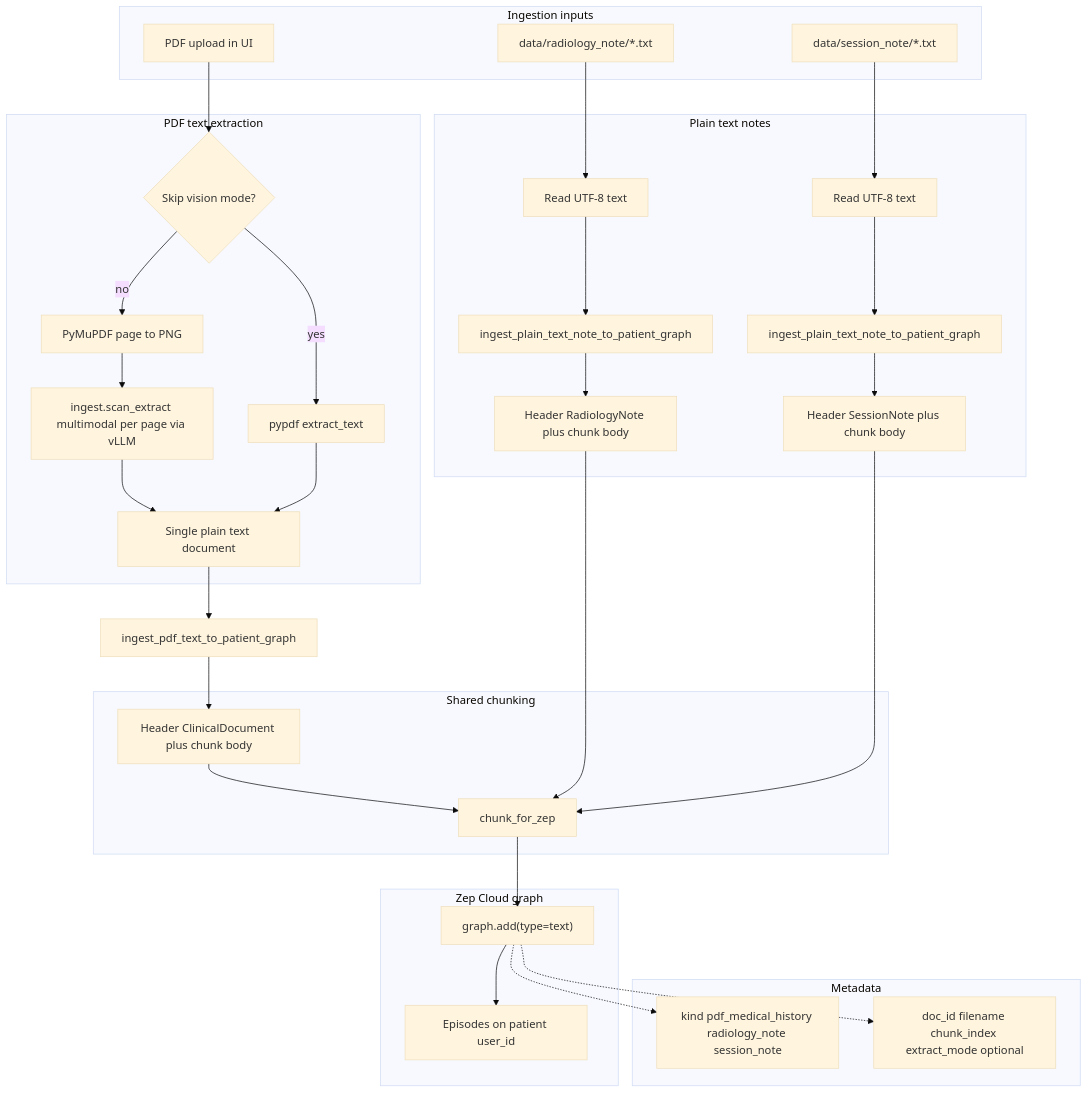
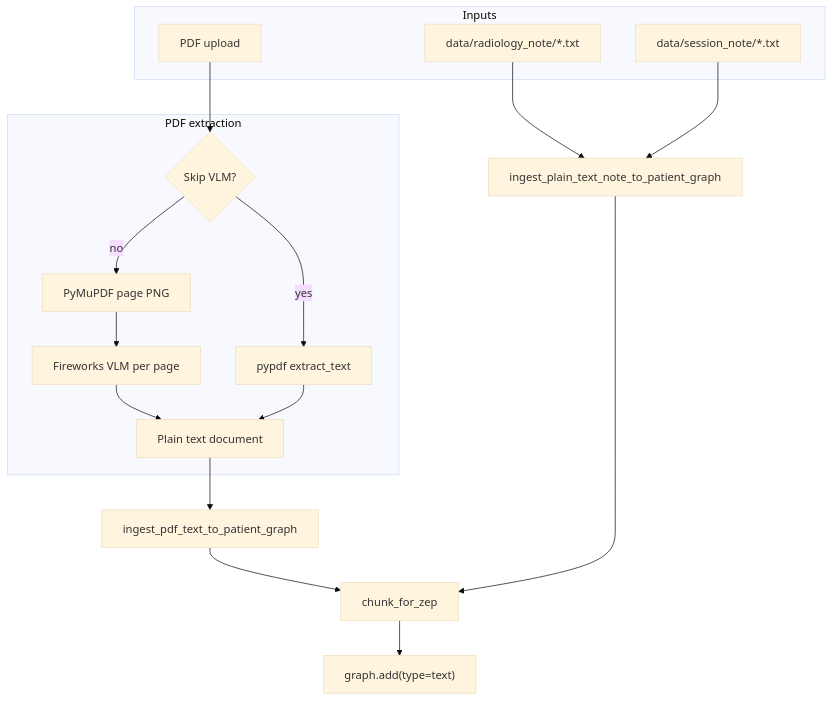
The third of 3 diagrams in README.md (pramodthe/MedTrace-AI), drawn with Mermaid (base theme) before and after one commit. The commit also changed other lines of this file and 28 other files, not shown here.

````diff
--- a/README.md
+++ b/README.md
@@ -266,45 +232,22 @@
 ```mermaid
 flowchart TB
-  subgraph inputs [Ingestion inputs]
-    PDF[PDF upload in UI]
+  subgraph inputs [Inputs]
+    PDF[PDF upload]
     RAD[data/radiology_note/*.txt]
     SESS[data/session_note/*.txt]
   end
 
-  subgraph pdfPath [PDF text extraction]
-    PDF --> mode{Skip vision mode?}
-    mode -->|no| raster[PyMuPDF page to PNG]
-    raster --> vm_infer[ingest.scan_extract multimodal per page via vLLM]
-    vm_infer --> unifiedStr[Single plain text document]
+  subgraph pdfPath [PDF extraction]
+    PDF --> mode{Skip VLM?}
+    mode -->|no| raster[PyMuPDF page PNG]
+    raster --> vm[Fireworks VLM per page]
+    vm --> unified[Plain text document]
     mode -->|yes| pypdf[pypdf extract_text]
-    pypdf --> unifiedStr
+    pypdf --> unified
   end
 
-  subgraph notePath [Plain text notes]
-    RAD --> readR[Read UTF-8 text]
-    SESS --> readS[Read UTF-8 text]
-    readR --> noteFnR[ingest_plain_text_note_to_patient_graph]
-    readS --> noteFnS[ingest_plain_text_note_to_patient_graph]
-    noteFnR --> hdrR[Header RadiologyNote plus chunk body]
-    noteFnS --> hdrS[Header SessionNote plus chunk body]
-  end
-
-  unifiedStr --> pdfIngest[ingest_pdf_text_to_patient_graph]
-  pdfIngest --> hdrP[Header ClinicalDocument plus chunk body]
-
-  subgraph chunking [Shared chunking]
-    hdrP --> chunkZep[chunk_for_zep]
-    hdrR --> chunkZep
-    hdrS --> chunkZep
-  end
-
-  subgraph zepGraph [Zep Cloud graph]
-    chunkZep --> gadd["graph.add(type=text)"]
-    gadd --> episodes[Episodes on patient user_id]
-  end
-
-  subgraph meta [Metadata]
-    gadd -.-> kindHint[kind pdf_medical_history radiology_note session_note]
-    gadd -.-> idHint[doc_id filename chunk_index extract_mode optional]
-  end
+  unified --> ingest[ingest_pdf_text_to_patient_graph]
+  RAD & SESS --> notes[ingest_plain_text_note_to_patient_graph]
+  ingest & notes --> chunk[chunk_for_zep]
+  chunk --> gadd["graph.add(type=text)"]
 ```
````
